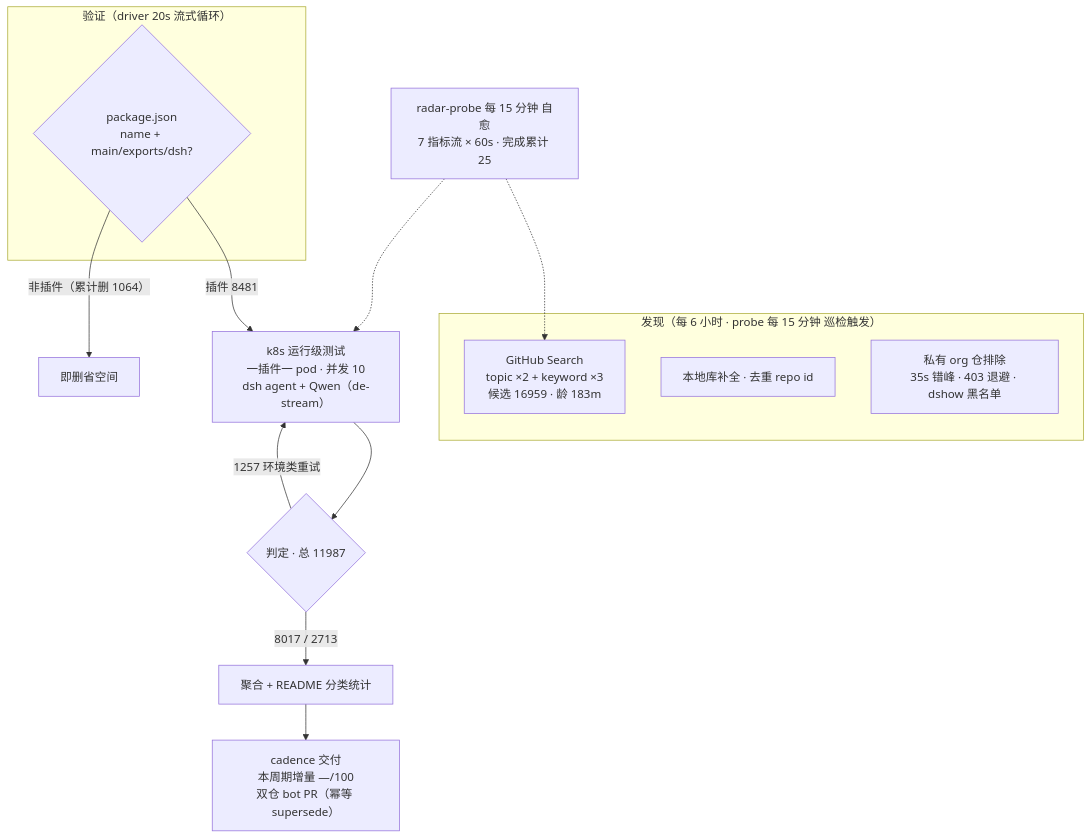
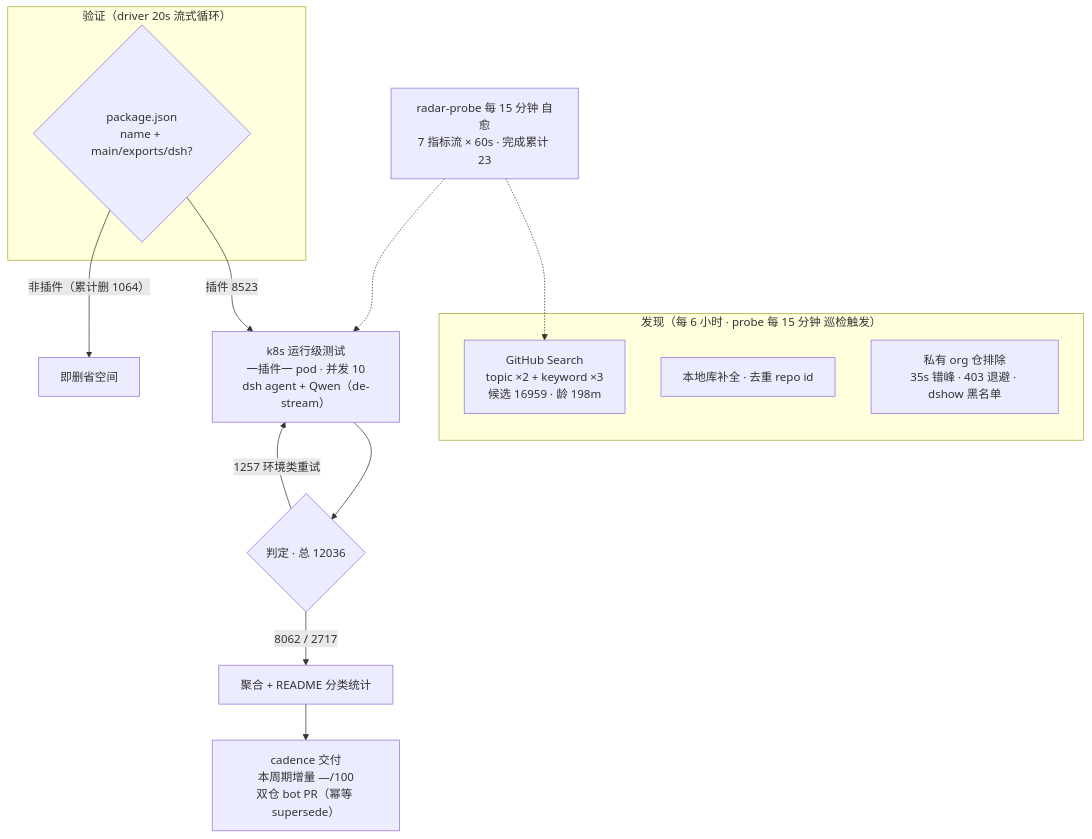
The diagram in README.md (Zhidao-Lab-OSS/awesome-dsh-plugins), drawn with Mermaid before and after one commit. The commit also changed other lines of this file and 1 other file, not shown here.

````diff
--- a/README.md
+++ b/README.md
@@ -52,20 +52,20 @@
 ```mermaid
 flowchart TB
     subgraph Discovery["发现（每 6 小时 · probe 每 15 分钟 巡检触发）"]
-        A1["GitHub Search<br/>topic ×2 + keyword ×3<br/>候选 16959 · 龄 183m"]
+        A1["GitHub Search<br/>topic ×2 + keyword ×3<br/>候选 16959 · 龄 198m"]
         A2["本地库补全 · 去重 repo id"]
         A3["私有 org 仓排除<br/>35s 错峰 · 403 退避 · dshow 黑名单"]
     end
     subgraph Validation["验证（driver 20s 流式循环）"]
         B1{"package.json<br/>name + main/exports/dsh?"}
     end
-    B1 -->|"插件 8481"| C1["k8s 运行级测试<br/>一插件一 pod · 并发 10<br/>dsh agent + Qwen（de-stream）"]
+    B1 -->|"插件 8523"| C1["k8s 运行级测试<br/>一插件一 pod · 并发 10<br/>dsh agent + Qwen（de-stream）"]
     B1 -->|"非插件（累计删 1064）"| B3["即删省空间"]
-    C1 --> D1{"判定 · 总 11987"}
-    D1 -->|"8017 / 2713"| E1["聚合 + README 分类统计"]
+    C1 --> D1{"判定 · 总 12036"}
+    D1 -->|"8062 / 2717"| E1["聚合 + README 分类统计"]
     D1 -->|"1257 环境类重试"| C1
     E1 --> E2["cadence 交付<br/>本周期增量 —/100<br/>双仓 bot PR（幂等 supersede）"]
-    M["radar-probe 每 15 分钟 自愈<br/>7 指标流 × 60s · 完成累计 25"]
+    M["radar-probe 每 15 分钟 自愈<br/>7 指标流 × 60s · 完成累计 23"]
     M -.-> A1
     M -.-> C1
 ```
````
